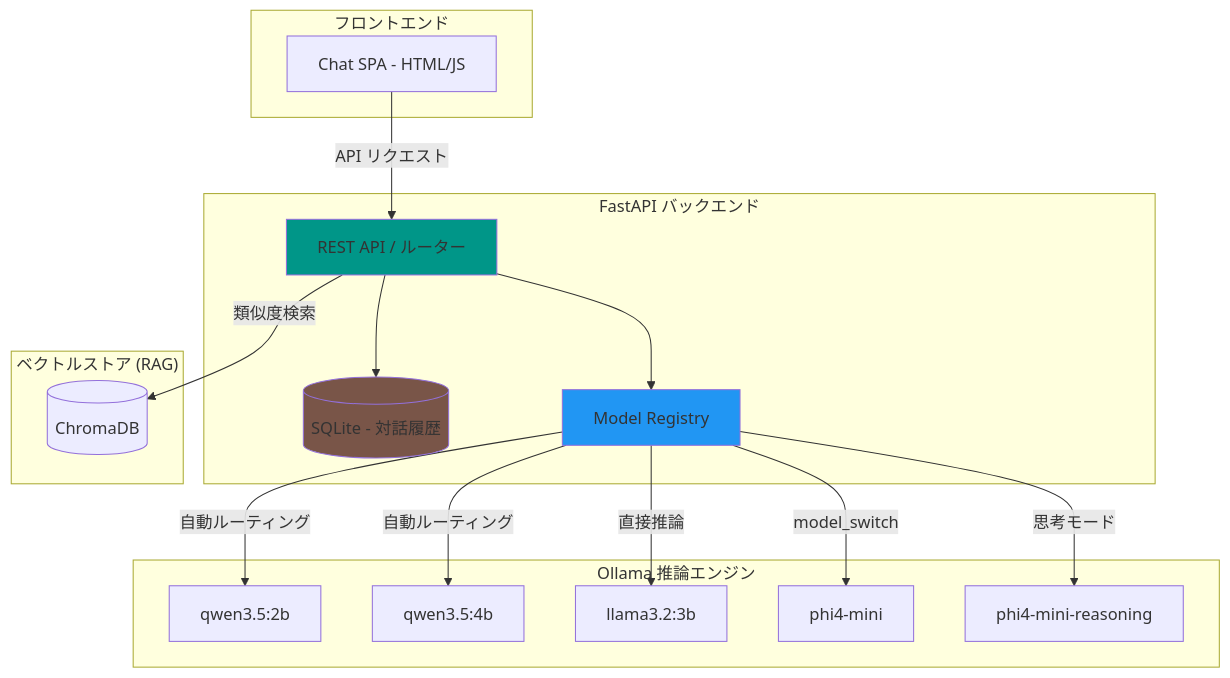
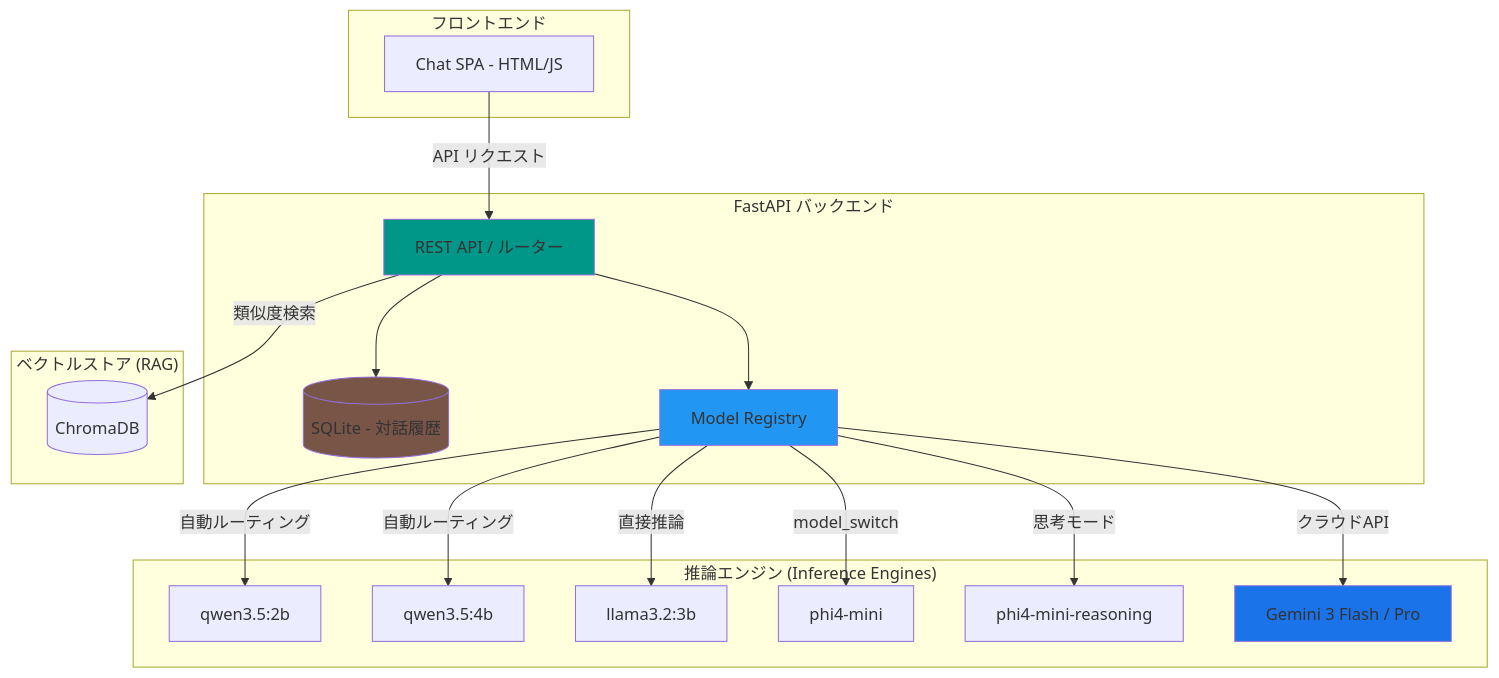
The diagram in README.ja.md (mile-chang/rag-kura), drawn with Mermaid before and after one commit. The commit also changed other lines of this file and 2 other files, not shown here.

Commit message:
docs: update READMEs with Gemini API integration details

````diff
--- a/README.ja.md
+++ b/README.ja.md
@@ -40,38 +41,41 @@
 ```mermaid
 graph TB
     subgraph "フロントエンド"
         UI[Chat SPA - HTML/JS]
     end
 
     subgraph "FastAPI バックエンド"
         ROUTER[REST API / ルーター]
         DB[(SQLite - 対話履歴)]
         REG[Model Registry]
     end
 
     subgraph "ベクトルストア (RAG)"
         CHROMA[(ChromaDB)]
     end
 
-    subgraph "Ollama 推論エンジン"
+    subgraph "推論エンジン (Inference Engines)"
         Q2[qwen3.5:2b]
         Q4[qwen3.5:4b]
         L3[llama3.2:3b]
         P4[phi4-mini]
         P4R[phi4-mini-reasoning]
+        GEM[Gemini 3 Flash / Pro]
     end
 
     UI -->|API リクエスト| ROUTER
     ROUTER --> DB
     ROUTER -->|類似度検索| CHROMA
     ROUTER --> REG
     REG -->|自動ルーティング| Q2
     REG -->|自動ルーティング| Q4
     REG -->|直接推論| L3
     REG -->|model_switch| P4
     REG -->|思考モード| P4R
+    REG -->|クラウドAPI| GEM
 
     style ROUTER fill:#009688
     style DB fill:#795548
     style REG fill:#2196F3
+    style GEM fill:#1A73E8
 ```
````
